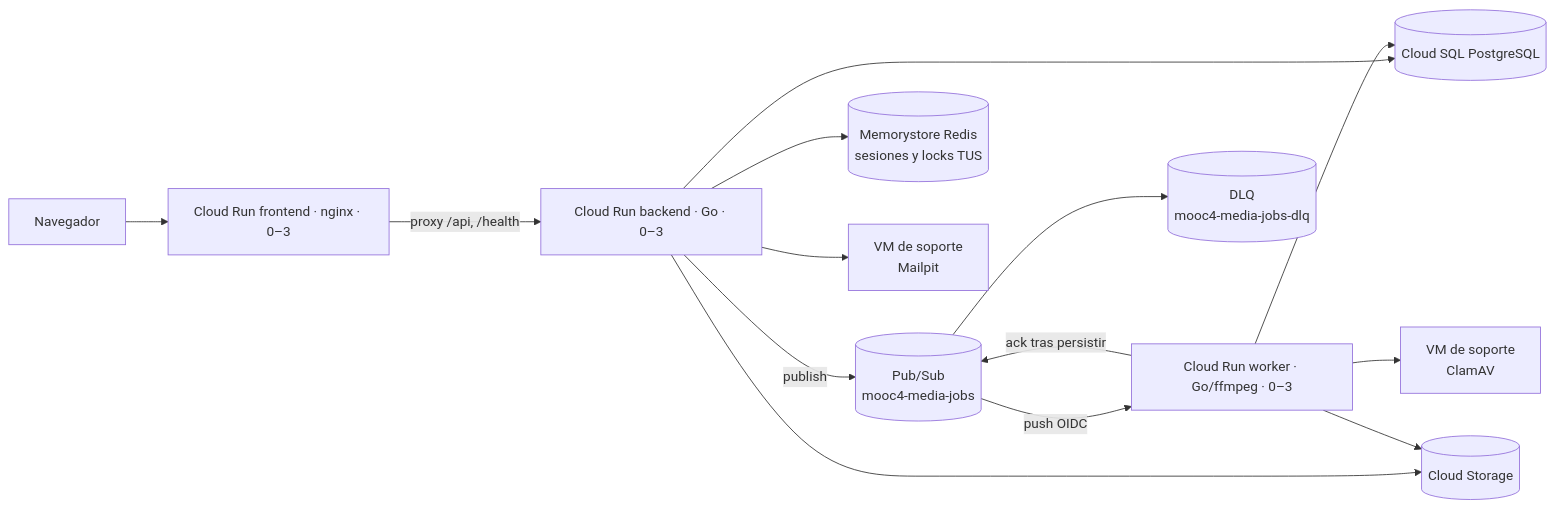
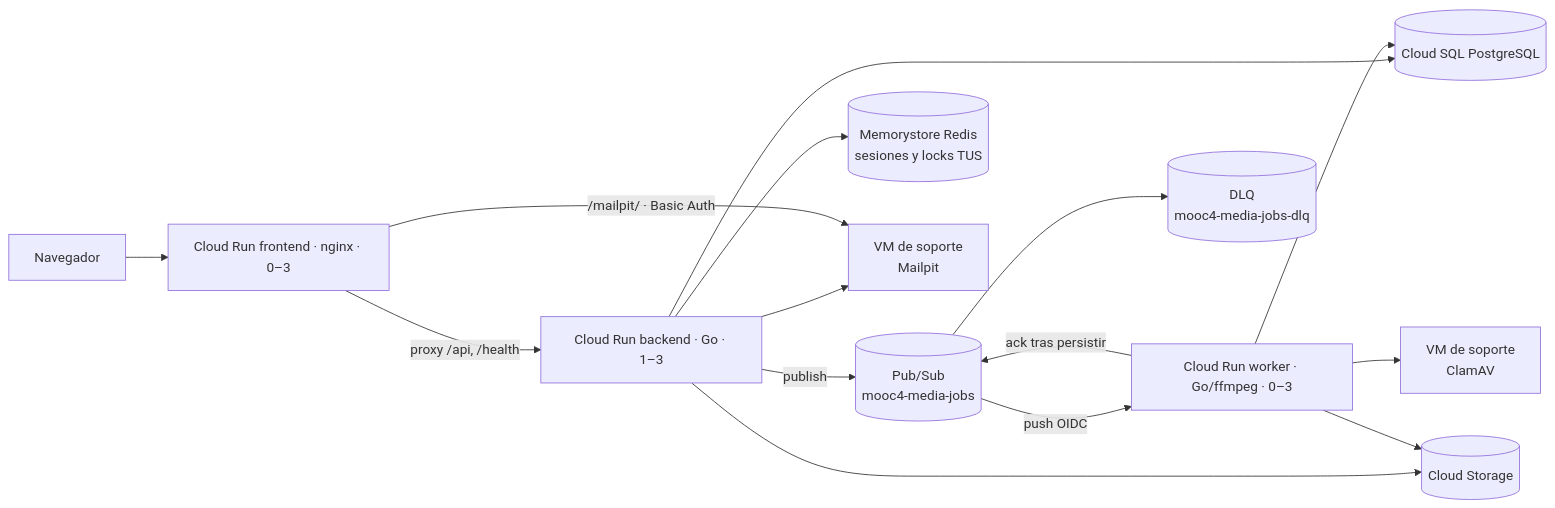
The first of 2 diagrams in docs/entrega4/arquitectura.md (Cloud-Grupo8-202620/Proyecto-MOOC-Cloud), drawn with Mermaid before and after one commit. The commit also changed other lines of this file and 10 other files, not shown here.

````diff
--- a/docs/entrega4/arquitectura.md
+++ b/docs/entrega4/arquitectura.md
@@ -7,16 +7,17 @@
 ```mermaid
 flowchart LR
   U[Navegador] --> FE[Cloud Run frontend · nginx · 0–3]
-  FE -->|proxy /api, /health| BE[Cloud Run backend · Go · 0–3]
+  FE -->|proxy /api, /health| BE[Cloud Run backend · Go · 1–3]
   BE -->|publish| PS[(Pub/Sub\nmooc4-media-jobs)]
   PS -->|push OIDC| W[Cloud Run worker · Go/ffmpeg · 0–3]
   W -->|ack tras persistir| PS
   PS --> DLQ[(DLQ\nmooc4-media-jobs-dlq)]
   BE --> SQL[(Cloud SQL PostgreSQL)]
   W --> SQL
   BE --> REDIS[(Memorystore Redis\nsesiones y locks TUS)]
   BE --> GCS[(Cloud Storage)]
   W --> GCS
   W --> CLAM[VM de soporte\nClamAV]
   BE --> MAIL[VM de soporte\nMailpit]
+  FE -->|/mailpit/ · Basic Auth| MAIL
 ```
````
